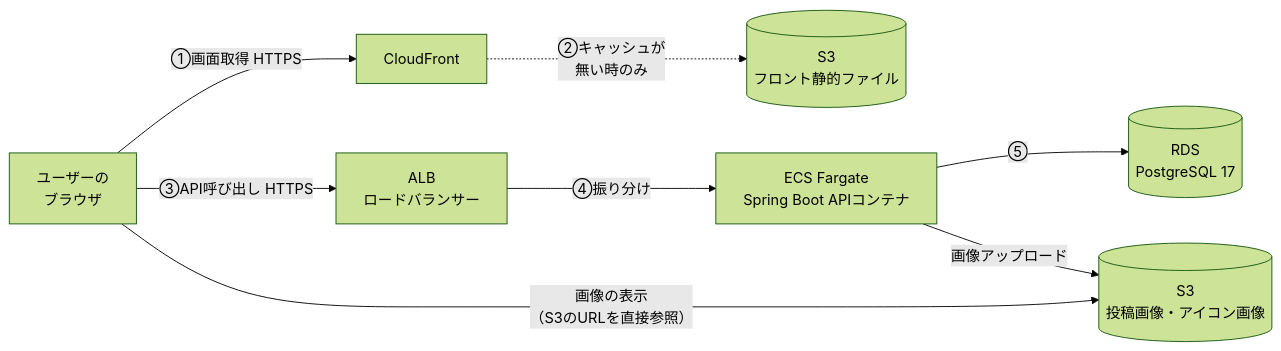
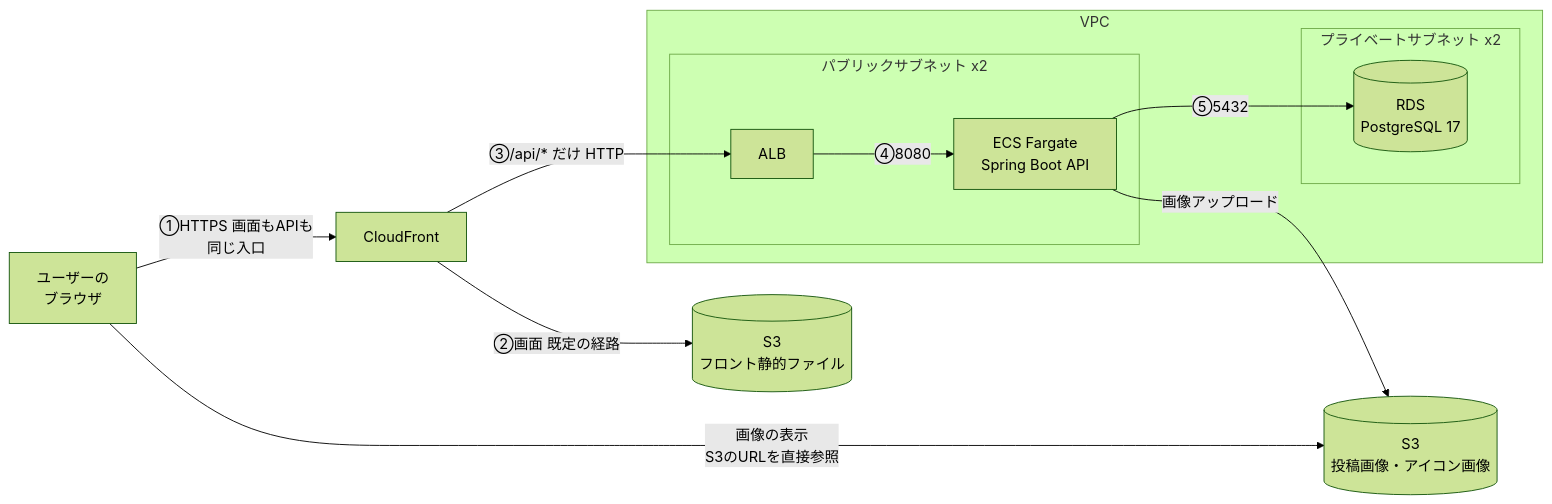
The diagram in docs/infrastructure.md (yusu31/RaiseTimeLine), drawn with Mermaid (forest theme) before and after one commit. The commit also changed other lines of this file and 5 other files, not shown here.

````diff
--- a/docs/infrastructure.md
+++ b/docs/infrastructure.md
@@ -19,10 +19,17 @@
 ```mermaid
 graph LR
-    U[ユーザーの<br>ブラウザ] -->|①画面取得 HTTPS| CF[CloudFront]
-    CF -.->|②キャッシュが<br>無い時のみ| S3F[(S3<br>フロント静的ファイル)]
-    U -->|③API呼び出し HTTPS| ALB[ALB<br>ロードバランサー]
-    ALB -->|④振り分け| ECS[ECS Fargate<br>Spring Boot APIコンテナ]
-    ECS -->|⑤| RDS[(RDS<br>PostgreSQL 17)]
+    U[ユーザーの<br>ブラウザ] -->|①HTTPS 画面もAPIも<br>同じ入口| CF[CloudFront]
+    CF -->|②画面 既定の経路| S3F[(S3<br>フロント静的ファイル)]
+    CF -->|③/api/* だけ HTTP| ALB[ALB]
+    subgraph VPC
+        subgraph PUB["パブリックサブネット x2"]
+            ALB -->|④8080| ECS[ECS Fargate<br>Spring Boot API]
+        end
+        subgraph PRI["プライベートサブネット x2"]
+            RDS[(RDS<br>PostgreSQL 17)]
+        end
+        ECS -->|⑤5432| RDS
+    end
     ECS -->|画像アップロード| S3I[(S3<br>投稿画像・アイコン画像)]
-    U -->|画像の表示<br>（S3のURLを直接参照）| S3I
+    U -->|画像の表示<br>S3のURLを直接参照| S3I
 ```
````
